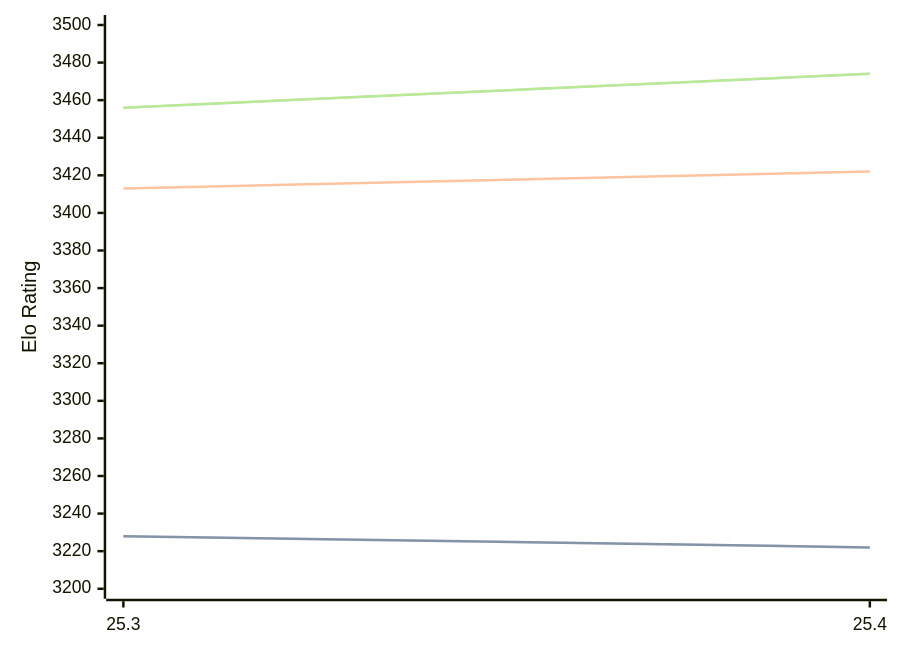
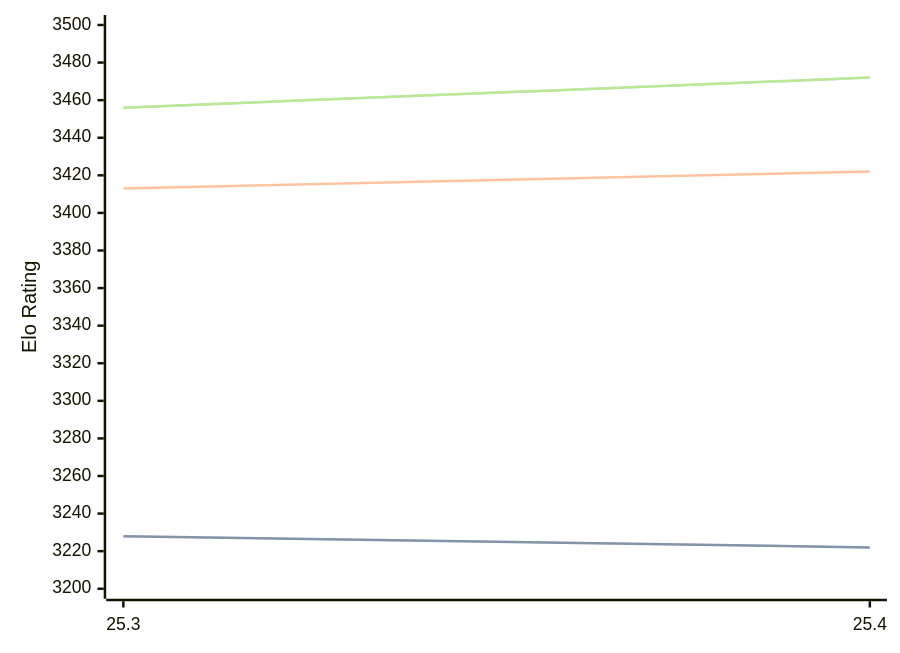
The first of 3 diagrams in engines/Arasan.md (computer-chess-index/cci), drawn with Mermaid before and after one commit. The commit also changed other lines of this file, not shown here.

Commit message:
Update CCI Ratings (ELO VLTC) - 2026-06-17

````diff
--- a/engines/Arasan.md
+++ b/engines/Arasan.md
@@ -33,11 +33,11 @@
 ```mermaid
 %%{init: {"theme":"base","themeVariables":{"seriesColors:['#a3a3a3','#222221','#faa371']}}}%%
 xychart-beta
   x-axis ["25.3", "25.4"]
   y-axis "Elo Rating" 3200 --> 3500
   line "STC (8.0+0.08s)" [3228, 3222]
   line "STC (8.0+0.08s)" [3228, 3222]
   line "LTC (60.0+0.60s)" [3413, 3422]
-  line "VLTC (2m24s+1.12s)" [3456, 3474]
-  line "VLTC (2m24s+1.12s)" [3456, 3474]
+  line "VLTC (2m24s+1.12s)" [3456, 3472]
+  line "VLTC (2m24s+1.12s)" [3456, 3472]
 ```
````
